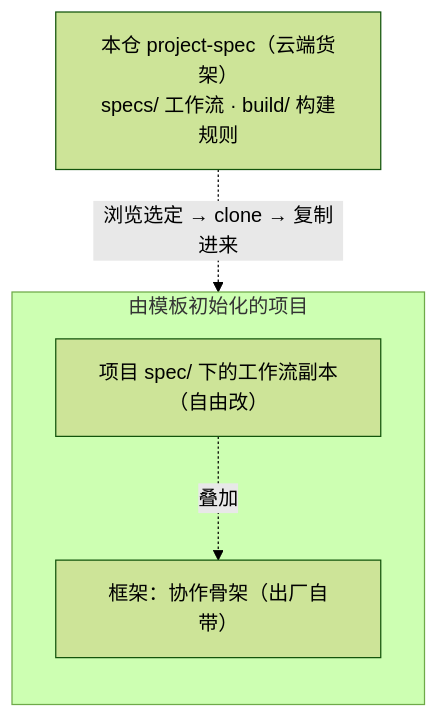
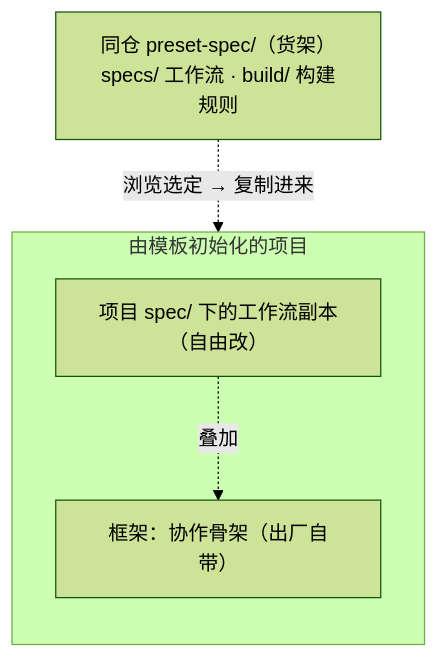
One commit to The-Daybreaker/project-spec changed the diagram in preset-spec/README.md. Above: the diagram before and after it, drawn with Mermaid (forest theme). The commit also changed other lines of this file and 12 other files, not shown here.

First line of the commit message:
docs: 决策 66/67 内容级联——规范归位 AGENTS.md §五、货架改同仓 preset-spec 口径

````diff
--- a/preset-spec/README.md
+++ b/preset-spec/README.md
@@ -9,11 +10,11 @@
 ```mermaid
 flowchart TB
-  CLOUD["本仓 project-spec（云端货架）<br/>specs/ 工作流 · build/ 构建规则"]
+  SHELF["同仓 preset-spec/（货架）<br/>specs/ 工作流 · build/ 构建规则"]
   subgraph PROJ["由模板初始化的项目"]
     direction TB
     SPEC["项目 spec/ 下的工作流副本（自由改）"]
     FRAME["框架：协作骨架（出厂自带）"]
     SPEC -. "叠加" .-> FRAME
   end
-  CLOUD -. "浏览选定 → clone → 复制进来" .-> SPEC
+  SHELF -. "浏览选定 → 复制进来" .-> SPEC
 ```
````
